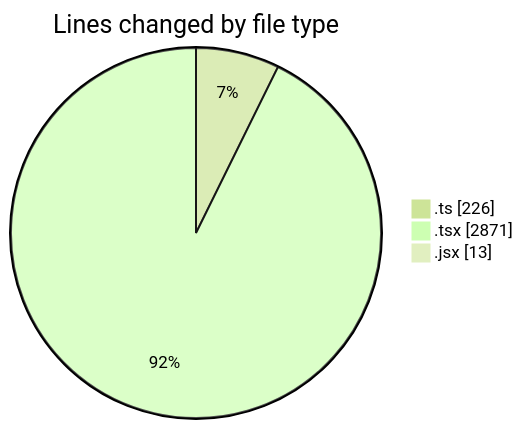
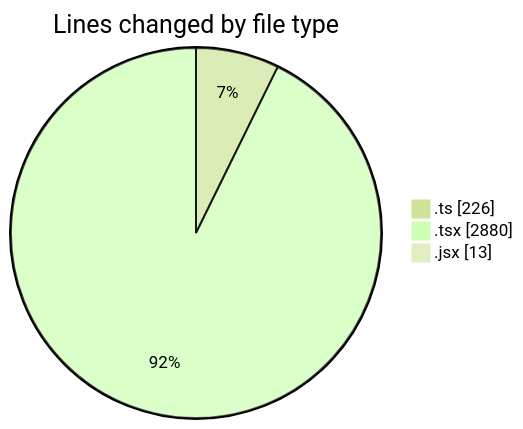
The first of 2 diagrams in 2025-12-02/cda/README.md (momahboobian/code-tracking), drawn with Mermaid (forest theme) before and after one commit. The commit also changed other lines of this file and 1 other file, not shown here.

````diff
--- a/2025-12-02/cda/README.md
+++ b/2025-12-02/cda/README.md
@@ -30,7 +30,7 @@
 ```mermaid
 pie showData
 title Lines changed by file type
 ".ts" : 226
-".tsx" : 2871
+".tsx" : 2880
 ".jsx" : 13
 ```
````
